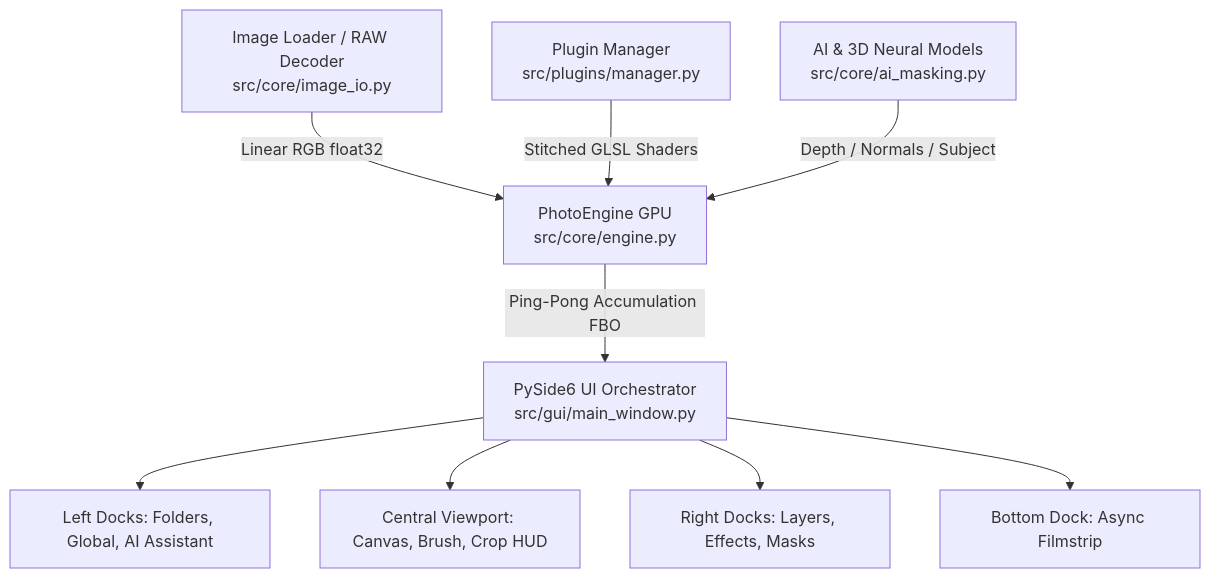
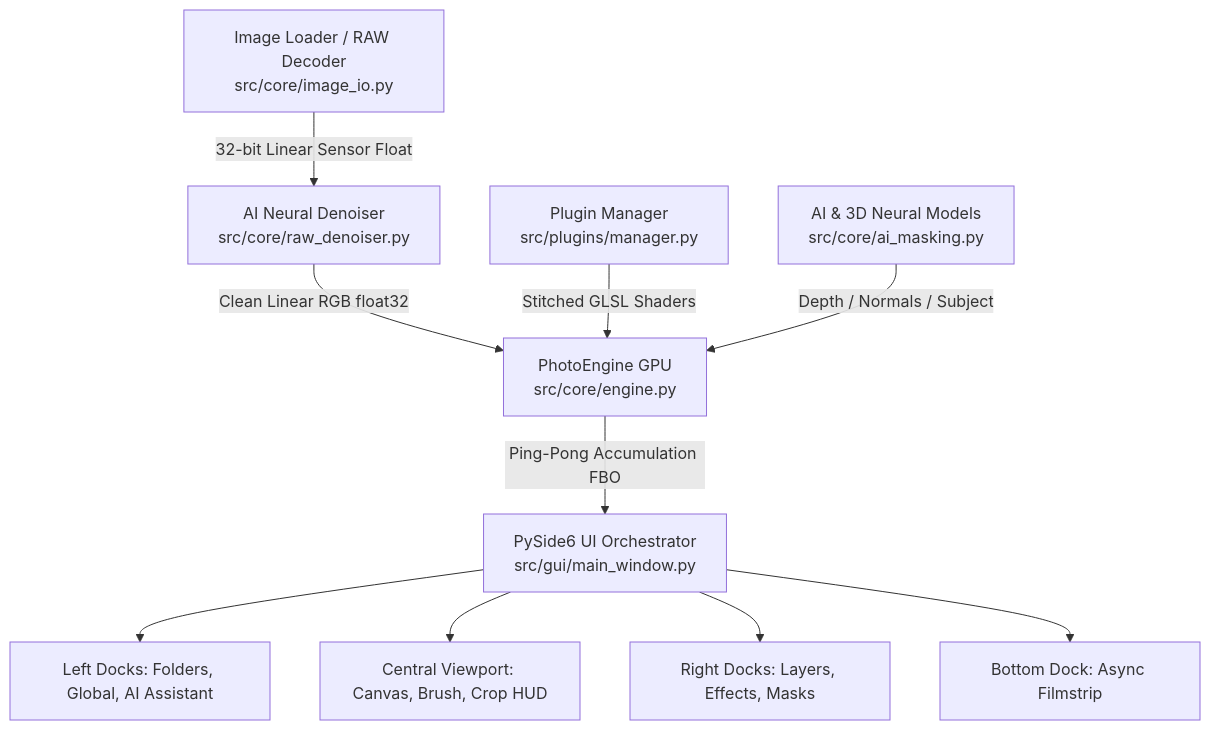
One commit to 3dcarrots/LumensDeep changed the diagram in README.md. Above: the diagram before and after it, drawn with Mermaid. The commit also changed other lines of this file, not shown here.

Commit message:
docs: add NAFNet AI neural denoiser showcase and comparison to README

````diff
--- a/README.md
+++ b/README.md
@@ -62,11 +74,12 @@
 ```mermaid
 graph TD
-    A[Image Loader / RAW Decoder<br/>src/core/image_io.py] -->|Linear RGB float32| B[PhotoEngine GPU<br/>src/core/engine.py]
+    A[Image Loader / RAW Decoder<br/>src/core/image_io.py] -->|32-bit Linear Sensor Float| K[AI Neural Denoiser<br/>src/core/raw_denoiser.py]
+    K -->|Clean Linear RGB float32| B[PhotoEngine GPU<br/>src/core/engine.py]
     C[Plugin Manager<br/>src/plugins/manager.py] -->|Stitched GLSL Shaders| B
     D[AI & 3D Neural Models<br/>src/core/ai_masking.py] -->|Depth / Normals / Subject| B
     B -->|Ping-Pong Accumulation FBO| E[PySide6 UI Orchestrator<br/>src/gui/main_window.py]
     E --> F[Left Docks: Folders, Global, AI Assistant]
     E --> G[Central Viewport: Canvas, Brush, Crop HUD]
     E --> H[Right Docks: Layers, Effects, Masks]
     E --> I[Bottom Dock: Async Filmstrip]
 ```
````
